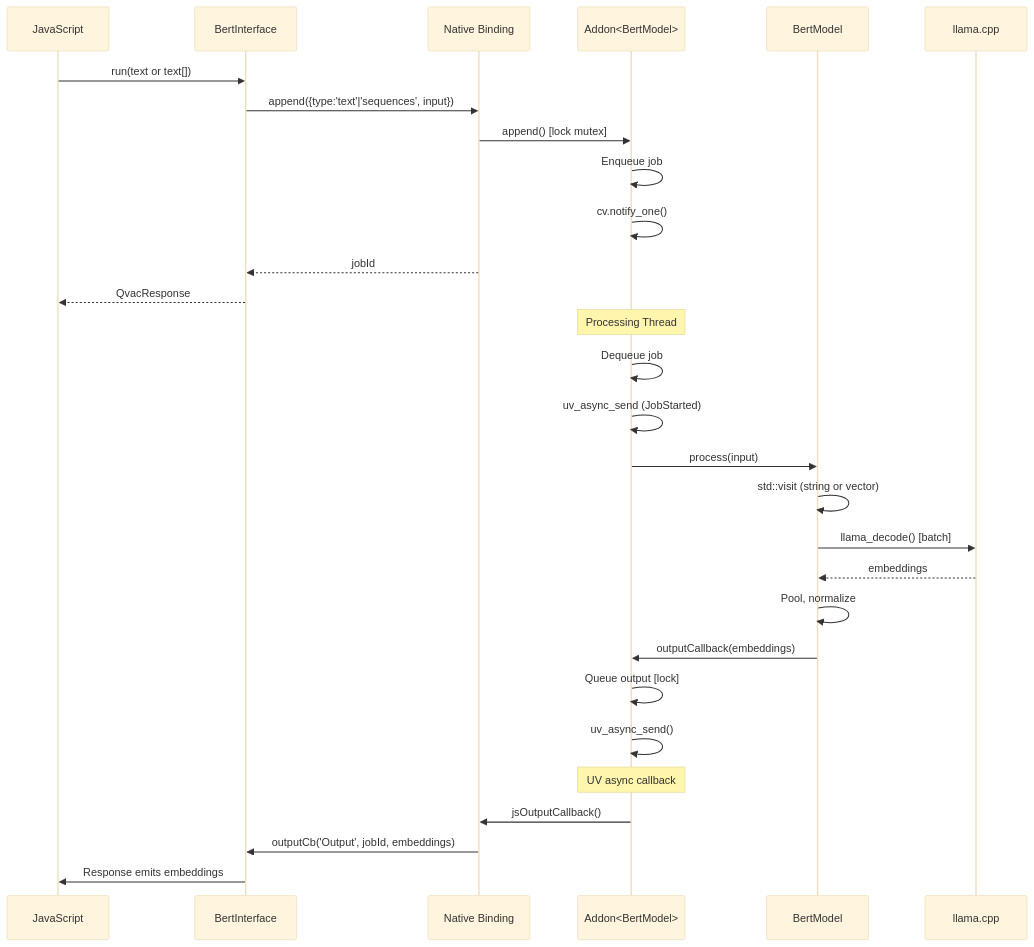
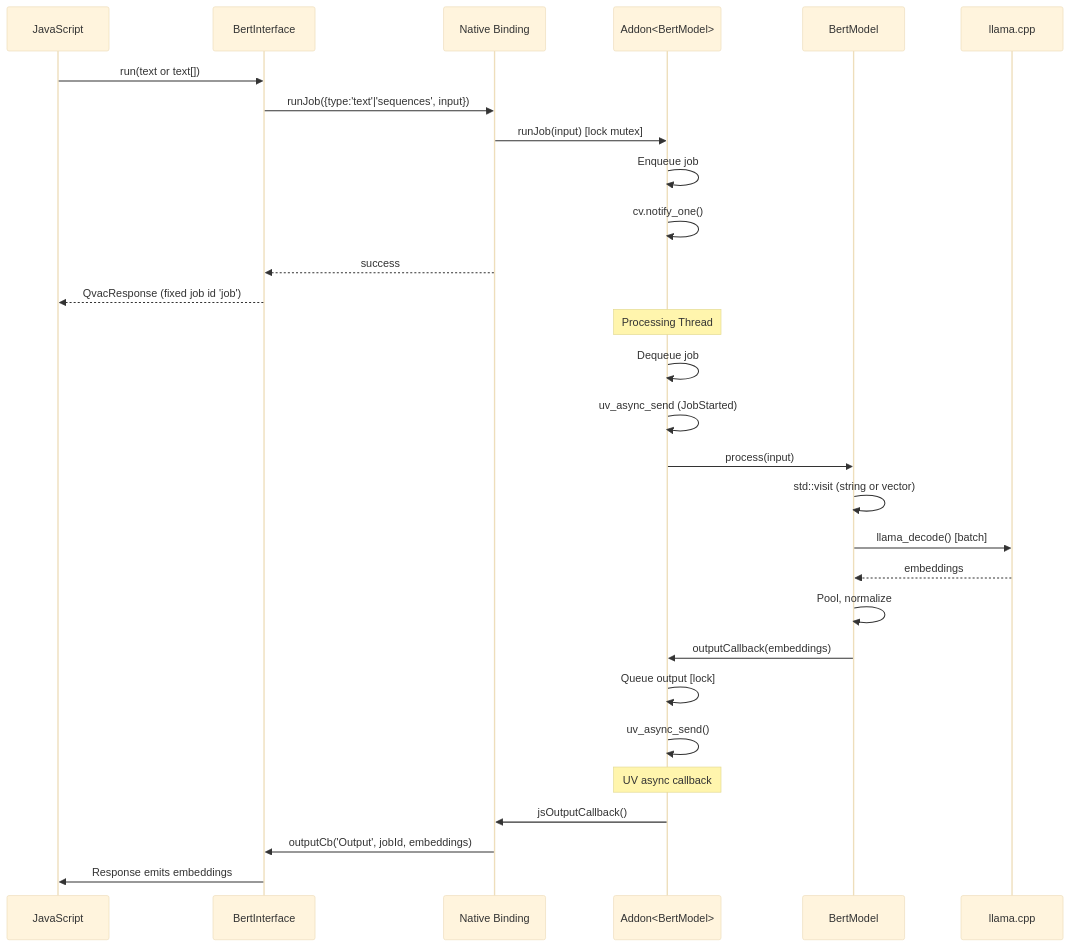
The fourth of 4 diagrams in packages/qvac-lib-infer-llamacpp-embed/docs/architecture.md (tetherto/qvac), drawn with Mermaid (base theme) before and after one commit. The commit also changed other lines of this file and 2 other files, not shown here.

````diff
--- a/packages/qvac-lib-infer-llamacpp-embed/docs/architecture.md
+++ b/packages/qvac-lib-infer-llamacpp-embed/docs/architecture.md
@@ -388,35 +391,35 @@
 ```mermaid
 sequenceDiagram
     participant JS as JavaScript
     participant IF as BertInterface
     participant Bind as Native Binding
     participant Addon as Addon<BertModel>
     participant Model as BertModel
     participant Llama as llama.cpp
     
     JS->>IF: run(text or text[])
-    IF->>Bind: append({type:'text'|'sequences', input})
-    Bind->>Addon: append() [lock mutex]
+    IF->>Bind: runJob({type:'text'|'sequences', input})
+    Bind->>Addon: runJob(input) [lock mutex]
     Addon->>Addon: Enqueue job
     Addon->>Addon: cv.notify_one()
-    Bind-->>IF: jobId
-    IF-->>JS: QvacResponse
+    Bind-->>IF: success
+    IF-->>JS: QvacResponse (fixed job id 'job')
     
     Note over Addon: Processing Thread
     Addon->>Addon: Dequeue job
     Addon->>Addon: uv_async_send (JobStarted)
     
     Addon->>Model: process(input)
     Model->>Model: std::visit (string or vector)
     Model->>Llama: llama_decode() [batch]
     Llama-->>Model: embeddings
     Model->>Model: Pool, normalize
     Model->>Addon: outputCallback(embeddings)
     Addon->>Addon: Queue output [lock]
     Addon->>Addon: uv_async_send()
     
     Note over Addon: UV async callback
     Addon->>Bind: jsOutputCallback()
     Bind->>IF: outputCb('Output', jobId, embeddings)
     IF->>JS: Response emits embeddings
 ```
````
